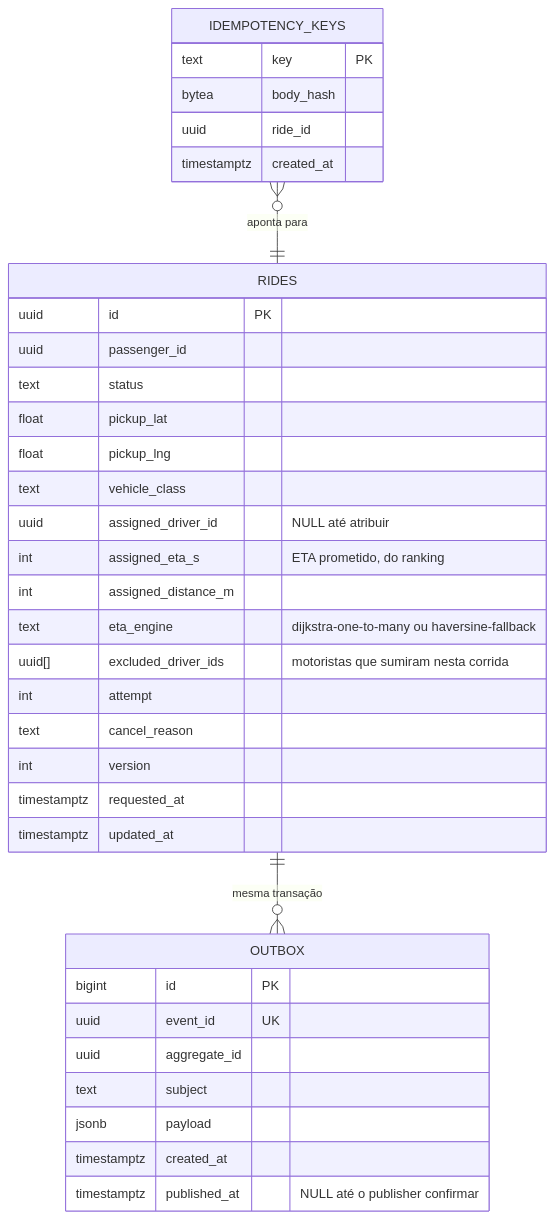
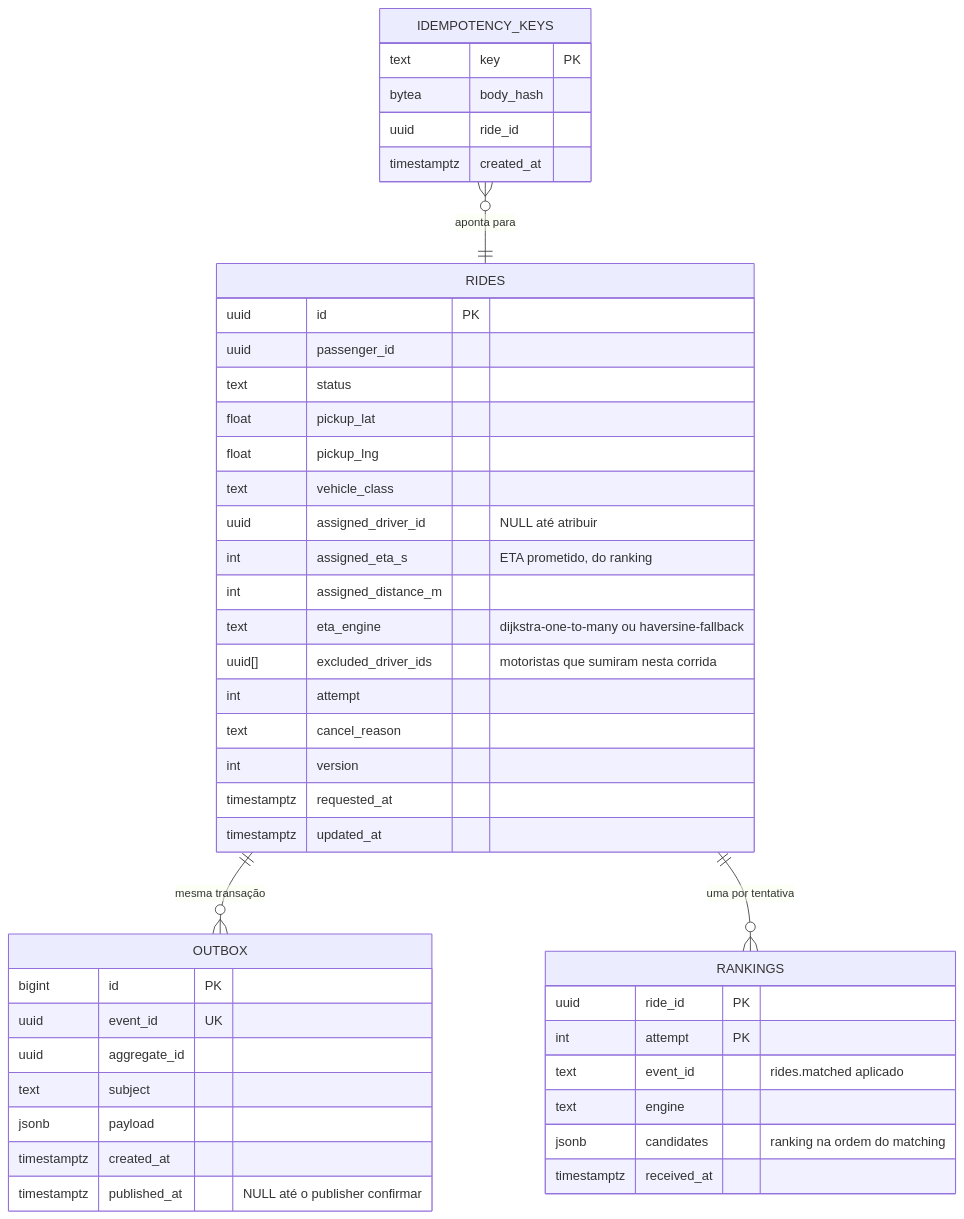
Before and after one commit to Matheusmottaa/nearby-drivers: the second of 2 diagrams in doc/ride-service.md, drawn with Mermaid. The commit also changed other lines of this file and 53 other files, not shown here.

First line of the commit message:
feat: run the ride flow on Kubernetes with metrics and stored rankings

````diff
--- a/doc/ride-service.md
+++ b/doc/ride-service.md
@@ -165,41 +166,51 @@
 ```mermaid
 erDiagram
     RIDES ||--o{ OUTBOX : "mesma transação"
     IDEMPOTENCY_KEYS }o--|| RIDES : "aponta para"
+    RIDES ||--o{ RANKINGS : "uma por tentativa"
 
     RIDES {
         uuid id PK
         uuid passenger_id
         text status
         float pickup_lat
         float pickup_lng
         text vehicle_class
         uuid assigned_driver_id "NULL até atribuir"
         int assigned_eta_s "ETA prometido, do ranking"
         int assigned_distance_m
         text eta_engine "dijkstra-one-to-many ou haversine-fallback"
         uuid[] excluded_driver_ids "motoristas que sumiram nesta corrida"
         int attempt
         text cancel_reason
         int version
         timestamptz requested_at
         timestamptz updated_at
     }
 
     OUTBOX {
         bigint id PK
         uuid event_id UK
         uuid aggregate_id
         text subject
         jsonb payload
         timestamptz created_at
         timestamptz published_at "NULL até o publisher confirmar"
     }
 
     IDEMPOTENCY_KEYS {
         text key PK
         bytea body_hash
         uuid ride_id
         timestamptz created_at
     }
+
+    RANKINGS {
+        uuid ride_id PK
+        int attempt PK
+        text event_id "rides.matched aplicado"
+        text engine
+        jsonb candidates "ranking na ordem do matching"
+        timestamptz received_at
+    }
 ```
````
